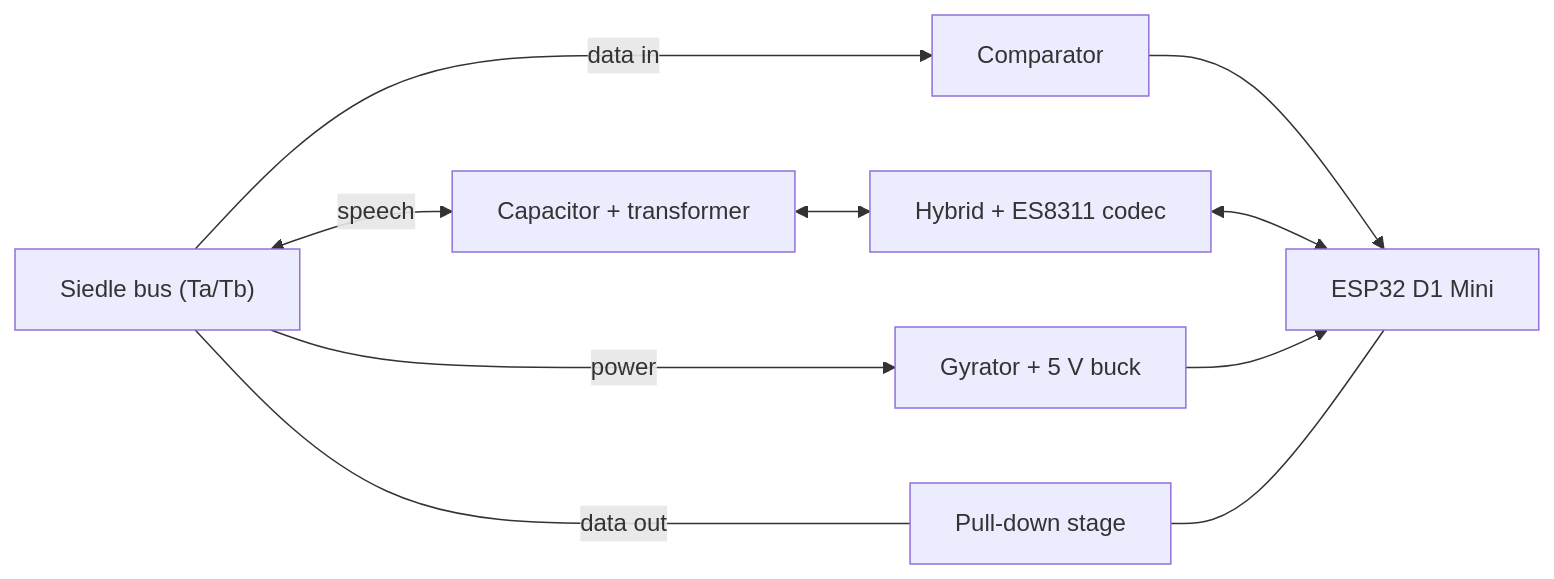
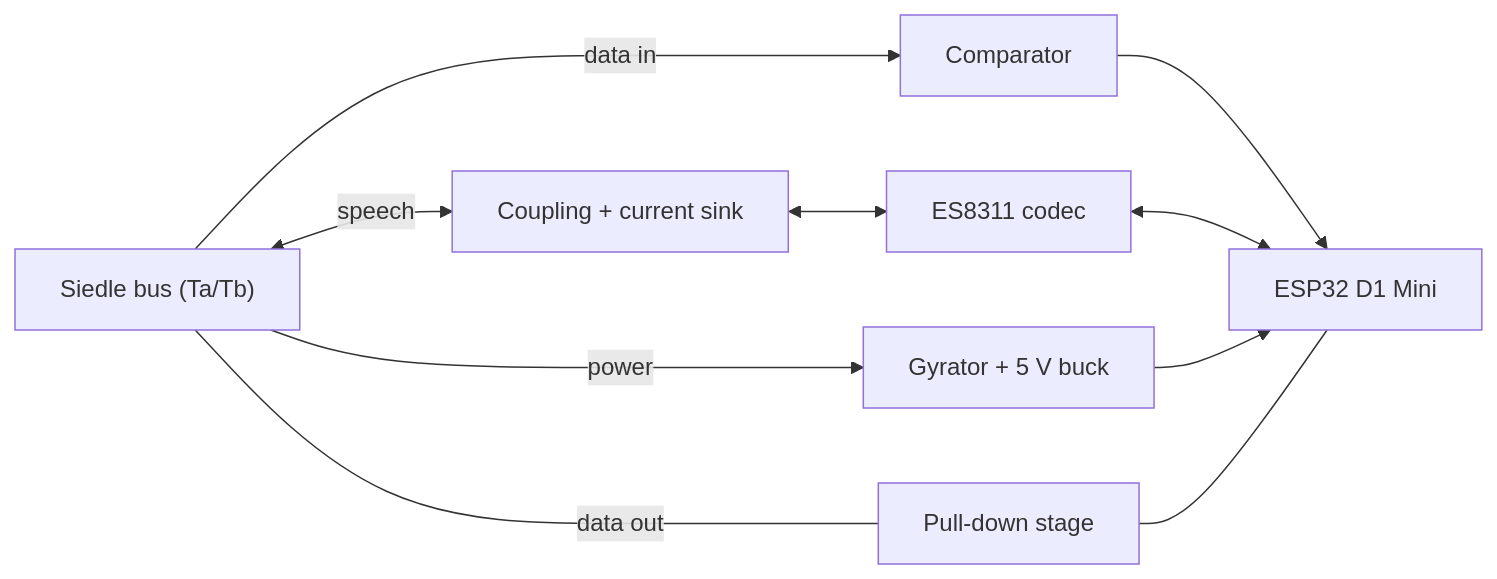
One commit to cron-eu/arduino-siedle-gateway changed the third of 3 diagrams in doc/Audio.md. Above: the diagram before and after it, drawn with Mermaid. The commit also changed other lines of this file, not shown here.

````diff
--- a/doc/Audio.md
+++ b/doc/Audio.md
@@ -125,9 +126,9 @@
 ```mermaid
 flowchart LR
     bus["Siedle bus (Ta/Tb)"]
     esp["ESP32 D1 Mini"]
     bus -->|"data in"| cmp["Comparator"] --> esp
-    bus <-->|"speech"| tr["Capacitor + transformer"] <--> hyb["Hybrid + ES8311 codec"] <--> esp
+    bus <-->|"speech"| fe["Coupling + current sink"] <--> codec["ES8311 codec"] <--> esp
     bus -->|"power"| pwr["Gyrator + 5 V buck"] --> esp
     bus ---|"data out"| pd["Pull-down stage"] --- esp
 ```
````
